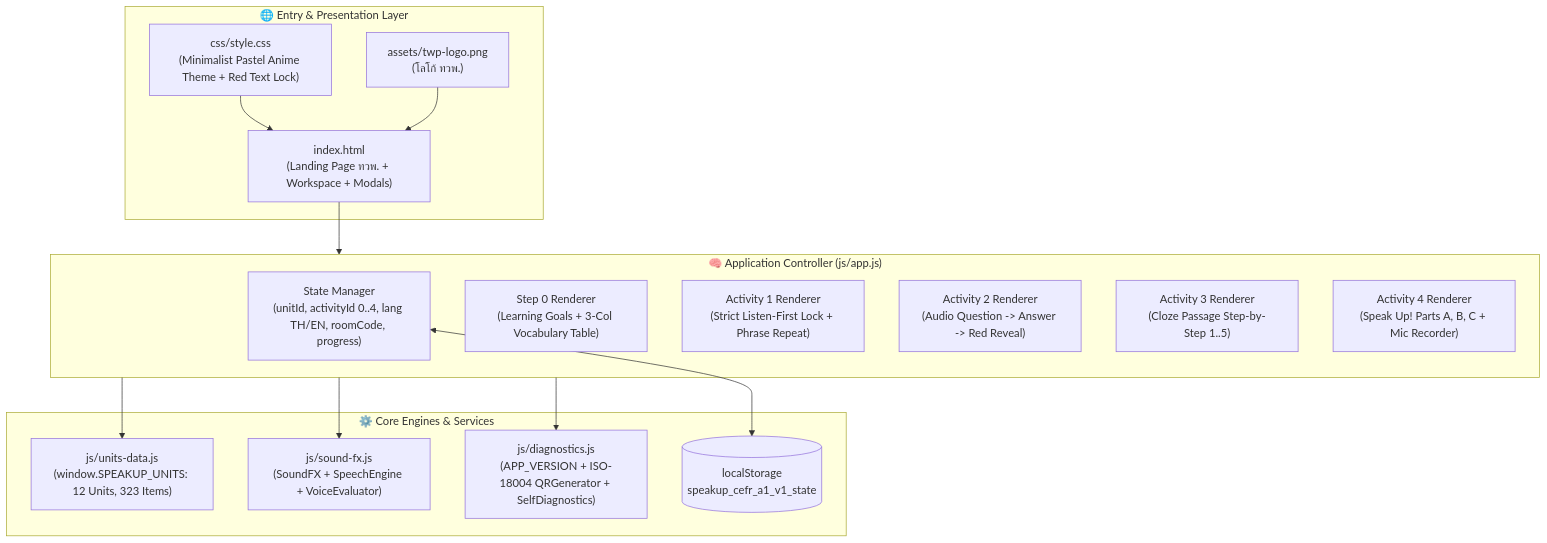
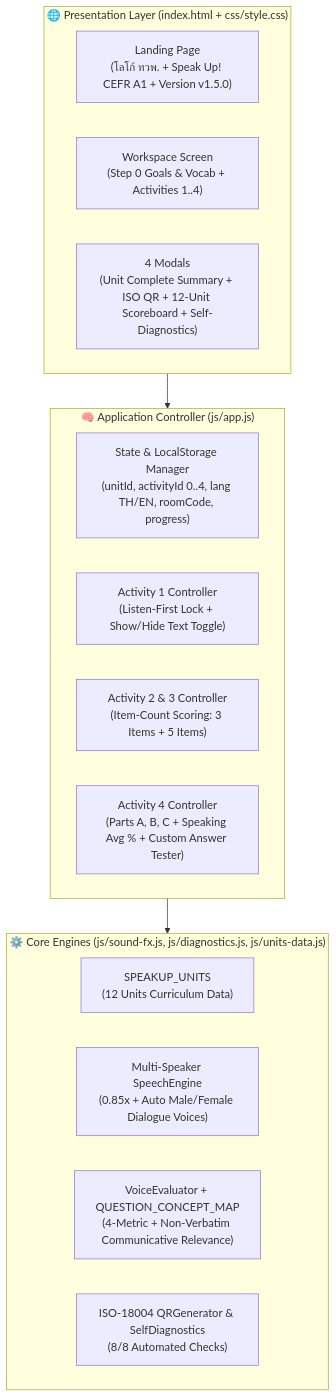
The diagram in ARCHITECTURE_AND_ROADMAP.md (Doit-on/speak-up-CEFR-A1), drawn with Mermaid before and after one commit. The commit also changed other lines of this file, not shown here.

Commit message:
docs: Update ARCHITECTURE_AND_ROADMAP.md with full v1.0.0-v1.5.0 development and issue resolution summary

````diff
--- a/ARCHITECTURE_AND_ROADMAP.md
+++ b/ARCHITECTURE_AND_ROADMAP.md
@@ -13,32 +41,25 @@
 ```mermaid
 flowchart TB
-    subgraph Entry["🌐 Entry & Presentation Layer"]
-        HTML["index.html\n(Landing Page ทวพ. + Workspace + Modals)"]
-        CSS["css/style.css\n(Minimalist Pastel Anime Theme + Red Text Lock)"]
-        LOGO["assets/twp-logo.png\n(โลโก้ ทวพ.)"]
+    subgraph Entry["🌐 Presentation Layer (index.html + css/style.css)"]
+        LAND["Landing Page\n(โลโก้ ทวพ. + Speak Up! CEFR A1 + Version v1.5.0)"]
+        WORK["Workspace Screen\n(Step 0 Goals & Vocab + Activities 1..4)"]
+        MODALS["4 Modals\n(Unit Complete Summary + ISO QR + 12-Unit Scoreboard + Self-Diagnostics)"]
     end
 
     subgraph Controller["🧠 Application Controller (js/app.js)"]
-        STATE["State Manager\n(unitId, activityId 0..4, lang TH/EN, roomCode, progress)"]
-        STEP0["Step 0 Renderer\n(Learning Goals + 3-Col Vocabulary Table)"]
-        ACT1["Activity 1 Renderer\n(Strict Listen-First Lock + Phrase Repeat)"]
-        ACT2["Activity 2 Renderer\n(Audio Question -> Answer -> Red Reveal)"]
-        ACT3["Activity 3 Renderer\n(Cloze Passage Step-by-Step 1..5)"]
-        ACT4["Activity 4 Renderer\n(Speak Up! Parts A, B, C + Mic Recorder)"]
+        STATE["State & LocalStorage Manager\n(unitId, activityId 0..4, lang TH/EN, roomCode, progress)"]
+        ACT1_CTRL["Activity 1 Controller\n(Listen-First Lock + Show/Hide Text Toggle)"]
+        ACT23_CTRL["Activity 2 & 3 Controller\n(Item-Count Scoring: 3 Items + 5 Items)"]
+        ACT4_CTRL["Activity 4 Controller\n(Parts A, B, C + Speaking Avg % + Custom Answer Tester)"]
     end
 
-    subgraph Engines["⚙️ Core Engines & Services"]
-        DATA["js/units-data.js\n(window.SPEAKUP_UNITS: 12 Units, 323 Items)"]
-        SOUND["js/sound-fx.js\n(SoundFX + SpeechEngine + VoiceEvaluator)"]
-        DIAG["js/diagnostics.js\n(APP_VERSION + ISO-18004 QRGenerator + SelfDiagnostics)"]
-        STORE[("localStorage\nspeakup_cefr_a1_v1_state")]
+    subgraph Engines["⚙️ Core Engines (js/sound-fx.js, js/diagnostics.js, js/units-data.js)"]
+        DATA["SPEAKUP_UNITS\n(12 Units Curriculum Data)"]
+        TTS["Multi-Speaker SpeechEngine\n(0.85x + Auto Male/Female Dialogue Voices)"]
+        COMM["VoiceEvaluator + QUESTION_CONCEPT_MAP\n(4-Metric + Non-Verbatim Communicative Relevance)"]
+        QR_DIAG["ISO-18004 QRGenerator & SelfDiagnostics\n(8/8 Automated Checks)"]
     end
 
-    HTML --> Controller
-    CSS --> HTML
-    LOGO --> HTML
-    Controller --> DATA
-    Controller --> SOUND
-    Controller --> DIAG
-    STATE <--> STORE
+    Entry --> Controller
+    Controller --> Engines
 ```
````
